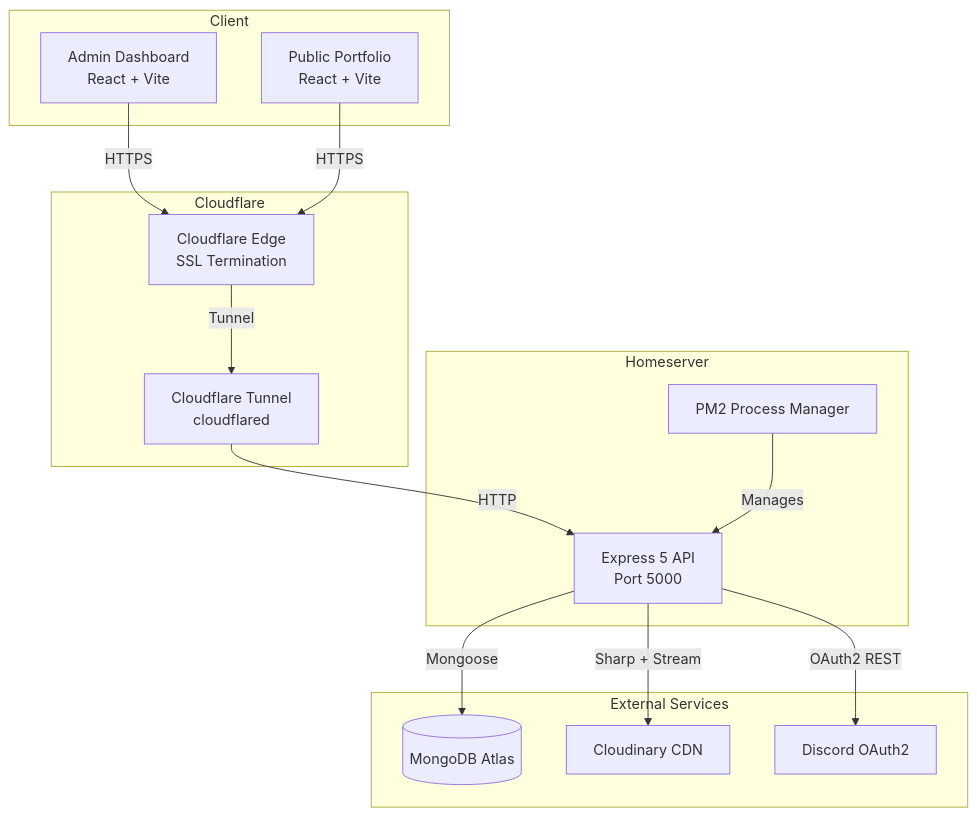
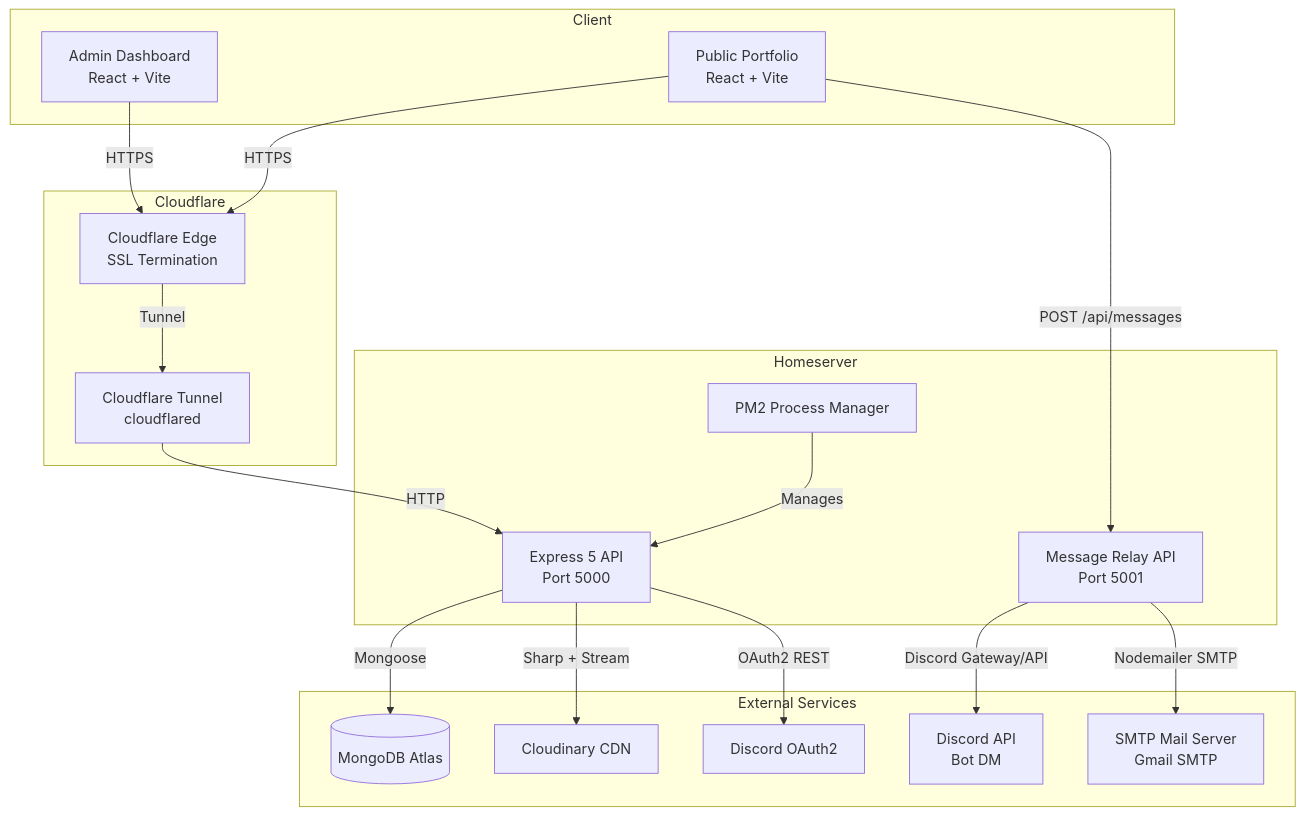
The first of 7 diagrams in README.md (Azaken1248/CloudyPortfolioAdminAPI), drawn with Mermaid before and after one commit.

````diff
--- a/README.md
+++ b/README.md
@@ -45,32 +45,39 @@
 ```mermaid
 graph TB
     subgraph Client
         A[Admin Dashboard<br/>React + Vite]
         B[Public Portfolio<br/>React + Vite]
     end
 
     subgraph Cloudflare
         C[Cloudflare Edge<br/>SSL Termination]
         D[Cloudflare Tunnel<br/>cloudflared]
     end
 
     subgraph Homeserver
         E[Express 5 API<br/>Port 5000]
         F[PM2 Process Manager]
+        J[Message Relay API<br/>Port 5001]
     end
 
     subgraph External Services
         G[(MongoDB Atlas)]
         H[Cloudinary CDN]
         I[Discord OAuth2]
+        K[Discord API<br/>Bot DM]
+        L[SMTP Mail Server<br/>Gmail SMTP]
     end
 
     A -->|HTTPS| C
     B -->|HTTPS| C
     C -->|Tunnel| D
     D -->|HTTP| E
     F -->|Manages| E
     E -->|Mongoose| G
     E -->|Sharp + Stream| H
     E -->|OAuth2 REST| I
+    
+    B -->|POST /api/messages| J
+    J -->|Discord Gateway/API| K
+    J -->|Nodemailer SMTP| L
 ```
````
